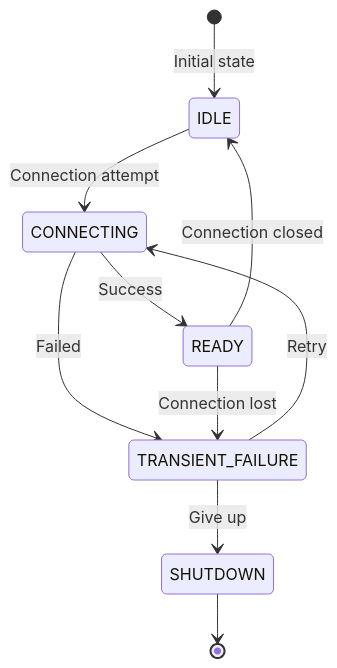
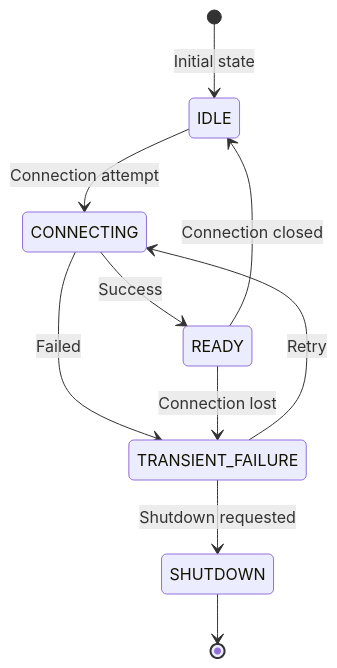
The first of 4 diagrams in posts/2026-01-24-grpc-failed-to-connect-errors/README.md (OneUptime/blog), drawn with Mermaid before and after one commit. The commit also changed other lines of this file and 2 other files, not shown here.

````diff
--- a/posts/2026-01-24-grpc-failed-to-connect-errors/README.md
+++ b/posts/2026-01-24-grpc-failed-to-connect-errors/README.md
@@ -17,12 +17,12 @@
 ```mermaid
 stateDiagram-v2
     [*] --> IDLE: Initial state
     IDLE --> CONNECTING: Connection attempt
     CONNECTING --> READY: Success
     CONNECTING --> TRANSIENT_FAILURE: Failed
     TRANSIENT_FAILURE --> CONNECTING: Retry
     READY --> IDLE: Connection closed
     READY --> TRANSIENT_FAILURE: Connection lost
-    TRANSIENT_FAILURE --> SHUTDOWN: Give up
+    TRANSIENT_FAILURE --> SHUTDOWN: Shutdown requested
     SHUTDOWN --> [*]
 ```
````
